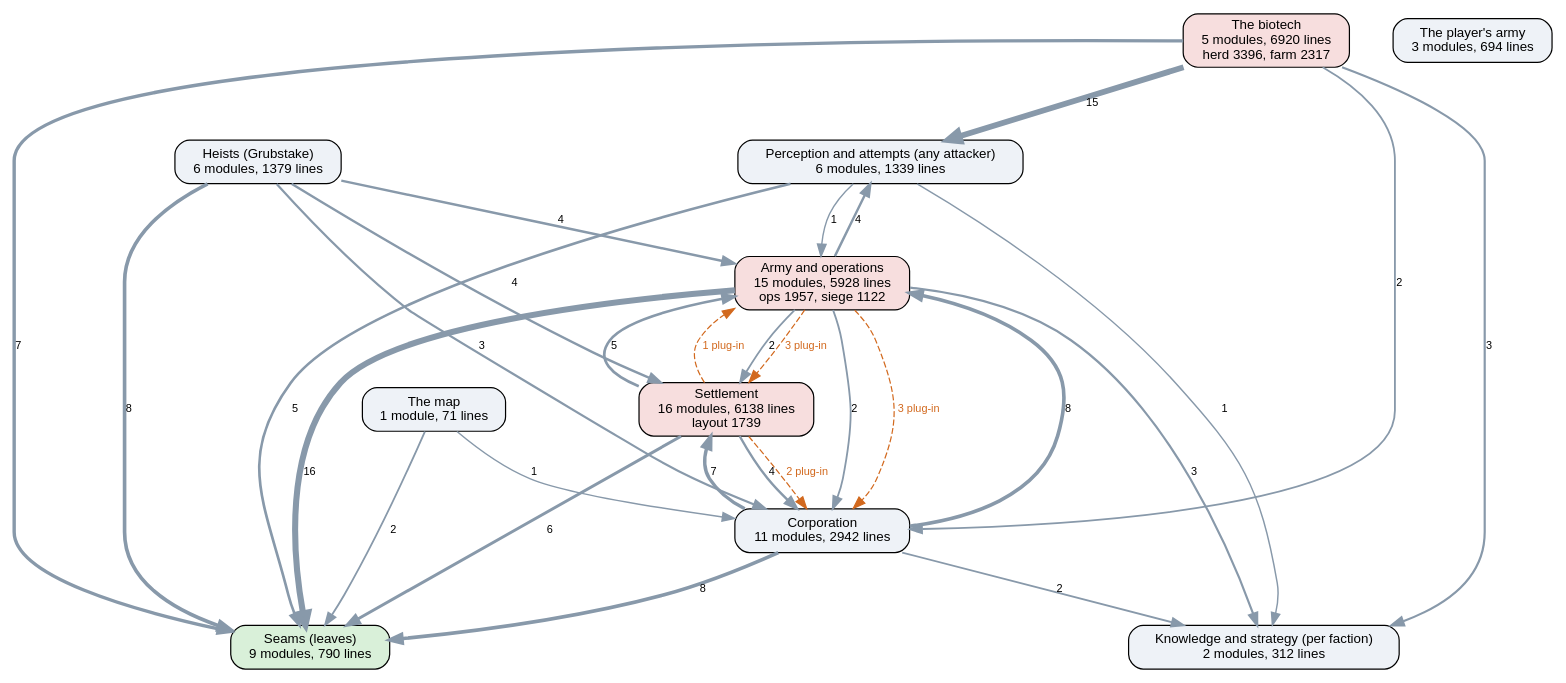
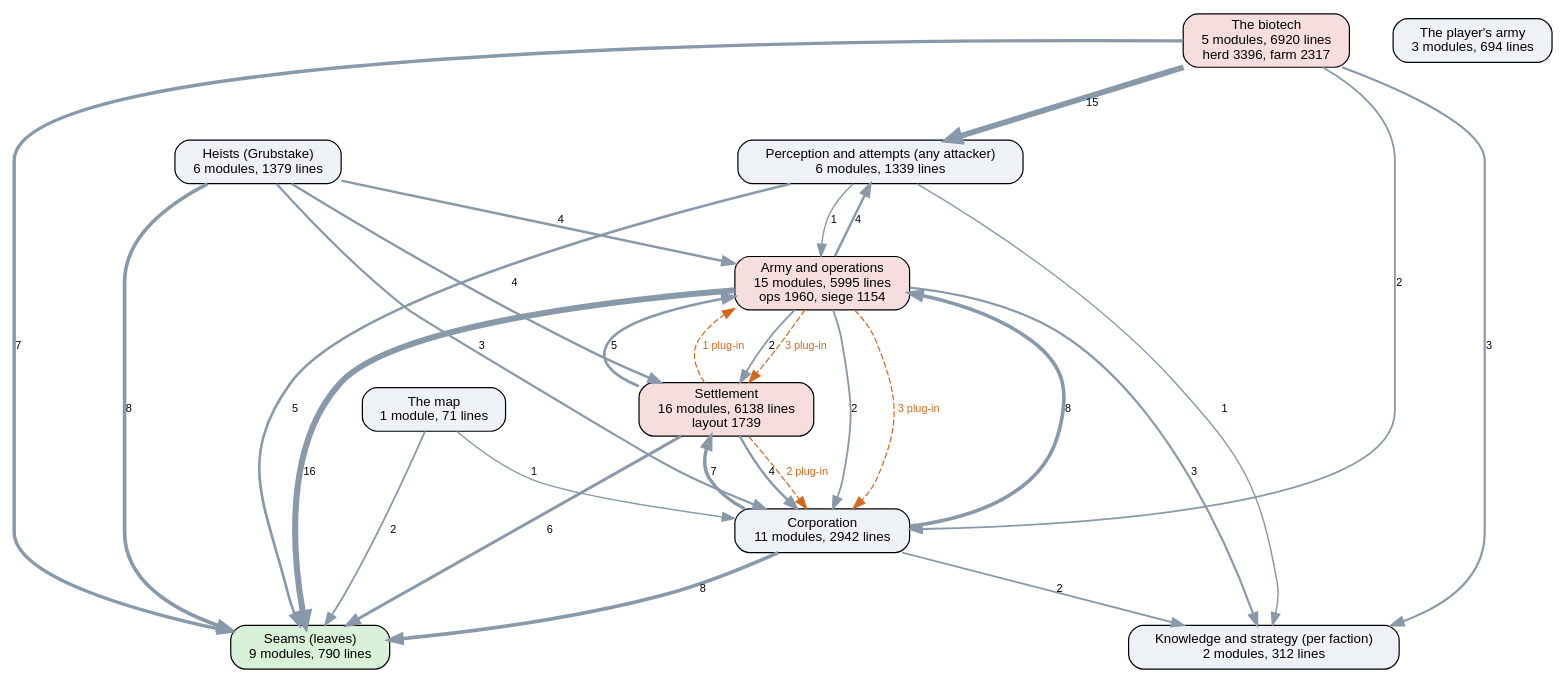
One commit to kinelhu/landing-party changed the diagram in docs/ai-layers.dot. Above: the diagram before and after it, drawn with Graphviz. The commit also changed 14 other files, not shown here.

```diff
--- a/docs/ai-layers.dot
+++ b/docs/ai-layers.dot
@@ -1,44 +1,44 @@
 digraph layers {
   graph [rankdir=TB, fontname="Helvetica", nodesep=0.5, ranksep=0.7];
   node [shape=box, style="rounded,filled", fontname="Helvetica", fontsize=11, fillcolor="#eef2f7"];
   edge [color="#8899aa", fontname="Helvetica", fontsize=9];
   "Seams (leaves)" [label="Seams (leaves)\n9 modules, 790 lines", fillcolor="#d9f0d9"];
   "Perception and attempts (any attacker)" [label="Perception and attempts (any attacker)\n6 modules, 1339 lines", fillcolor="#eef2f7"];
   "Knowledge and strategy (per faction)" [label="Knowledge and strategy (per faction)\n2 modules, 312 lines", fillcolor="#eef2f7"];
   "Corporation" [label="Corporation\n11 modules, 2942 lines", fillcolor="#eef2f7"];
   "Settlement" [label="Settlement\n16 modules, 6138 lines\nlayout 1739", fillcolor="#f7dede"];
-  "Army and operations" [label="Army and operations\n15 modules, 5928 lines\nops 1957, siege 1122", fillcolor="#f7dede"];
+  "Army and operations" [label="Army and operations\n15 modules, 5995 lines\nops 1960, siege 1154", fillcolor="#f7dede"];
   "Heists (Grubstake)" [label="Heists (Grubstake)\n6 modules, 1379 lines", fillcolor="#eef2f7"];
   "The biotech" [label="The biotech\n5 modules, 6920 lines\nherd 3396, farm 2317", fillcolor="#f7dede"];
   "The map" [label="The map\n1 module, 71 lines", fillcolor="#eef2f7"];
   "The player's army" [label="The player's army\n3 modules, 694 lines", fillcolor="#eef2f7"];
   "Army and operations" -> "Corporation" [label="2", penwidth=1.5];
   "Army and operations" -> "Knowledge and strategy (per faction)" [label="3", penwidth=1.8];
   "Army and operations" -> "Perception and attempts (any attacker)" [label="4", penwidth=2.0];
   "Army and operations" -> "Seams (leaves)" [label="16", penwidth=5.0];
   "Army and operations" -> "Settlement" [label="2", penwidth=1.5];
   "Corporation" -> "Army and operations" [label="8", penwidth=3.0];
   "Corporation" -> "Knowledge and strategy (per faction)" [label="2", penwidth=1.5];
   "Corporation" -> "Seams (leaves)" [label="8", penwidth=3.0];
   "Corporation" -> "Settlement" [label="7", penwidth=2.8];
   "Heists (Grubstake)" -> "Army and operations" [label="4", penwidth=2.0];
   "Heists (Grubstake)" -> "Corporation" [label="3", penwidth=1.8];
   "Heists (Grubstake)" -> "Seams (leaves)" [label="8", penwidth=3.0];
   "Heists (Grubstake)" -> "Settlement" [label="4", penwidth=2.0];
   "Perception and attempts (any attacker)" -> "Army and operations" [label="1", penwidth=1.2];
   "Perception and attempts (any attacker)" -> "Knowledge and strategy (per faction)" [label="1", penwidth=1.2];
   "Perception and attempts (any attacker)" -> "Seams (leaves)" [label="5", penwidth=2.2];
   "Settlement" -> "Army and operations" [label="5", penwidth=2.2];
   "Settlement" -> "Corporation" [label="4", penwidth=2.0];
   "Settlement" -> "Seams (leaves)" [label="6", penwidth=2.5];
   "The biotech" -> "Corporation" [label="2", penwidth=1.5];
   "The biotech" -> "Knowledge and strategy (per faction)" [label="3", penwidth=1.8];
   "The biotech" -> "Perception and attempts (any attacker)" [label="15", penwidth=4.8];
   "The biotech" -> "Seams (leaves)" [label="7", penwidth=2.8];
   "The map" -> "Corporation" [label="1", penwidth=1.2];
   "The map" -> "Seams (leaves)" [label="2", penwidth=1.5];
   "Army and operations" -> "Corporation" [style=dashed, color="#d2691e", fontcolor="#d2691e", label="3 plug-in"];
   "Army and operations" -> "Settlement" [style=dashed, color="#d2691e", fontcolor="#d2691e", label="3 plug-in"];
   "Settlement" -> "Army and operations" [style=dashed, color="#d2691e", fontcolor="#d2691e", label="1 plug-in"];
   "Settlement" -> "Corporation" [style=dashed, color="#d2691e", fontcolor="#d2691e", label="2 plug-in"];
 }
```
